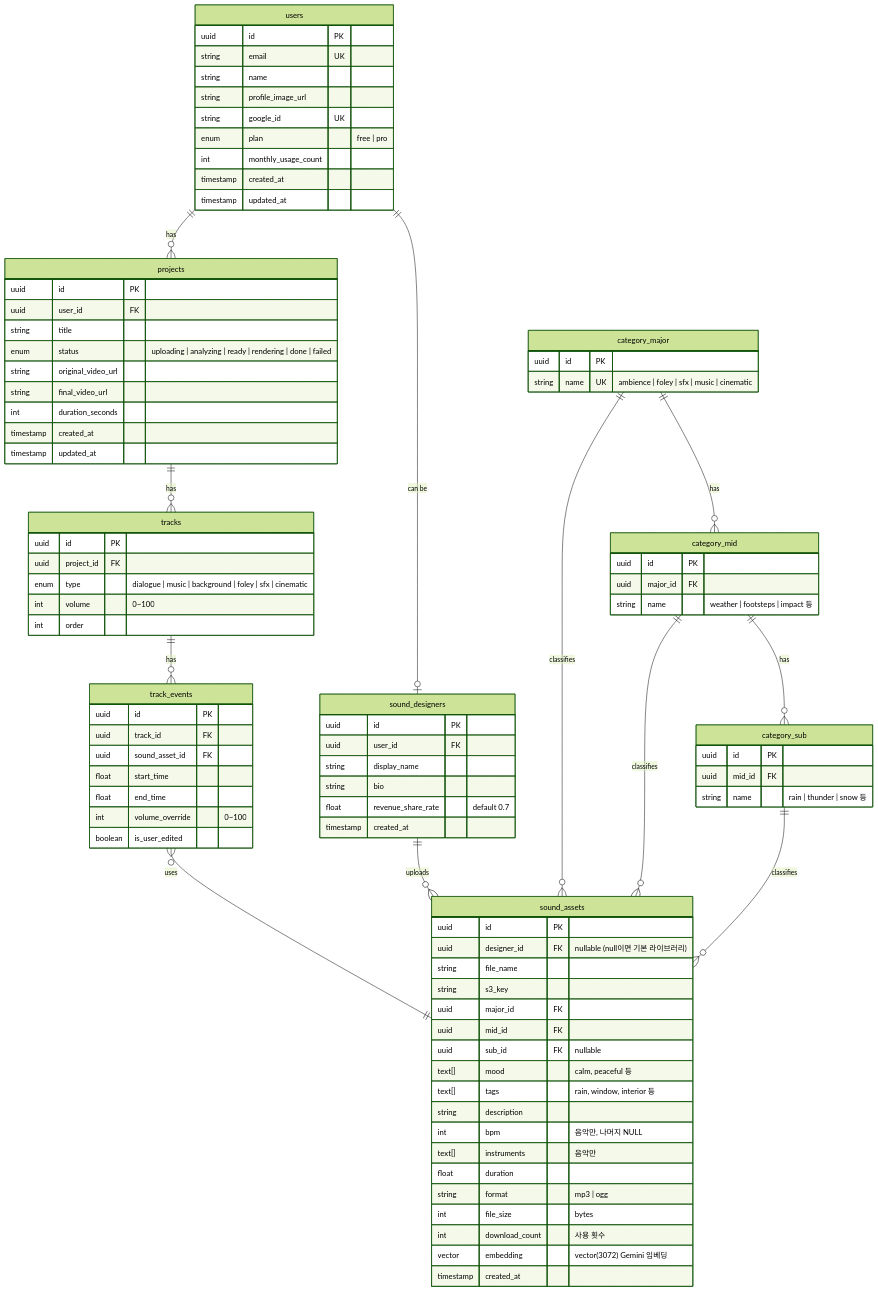
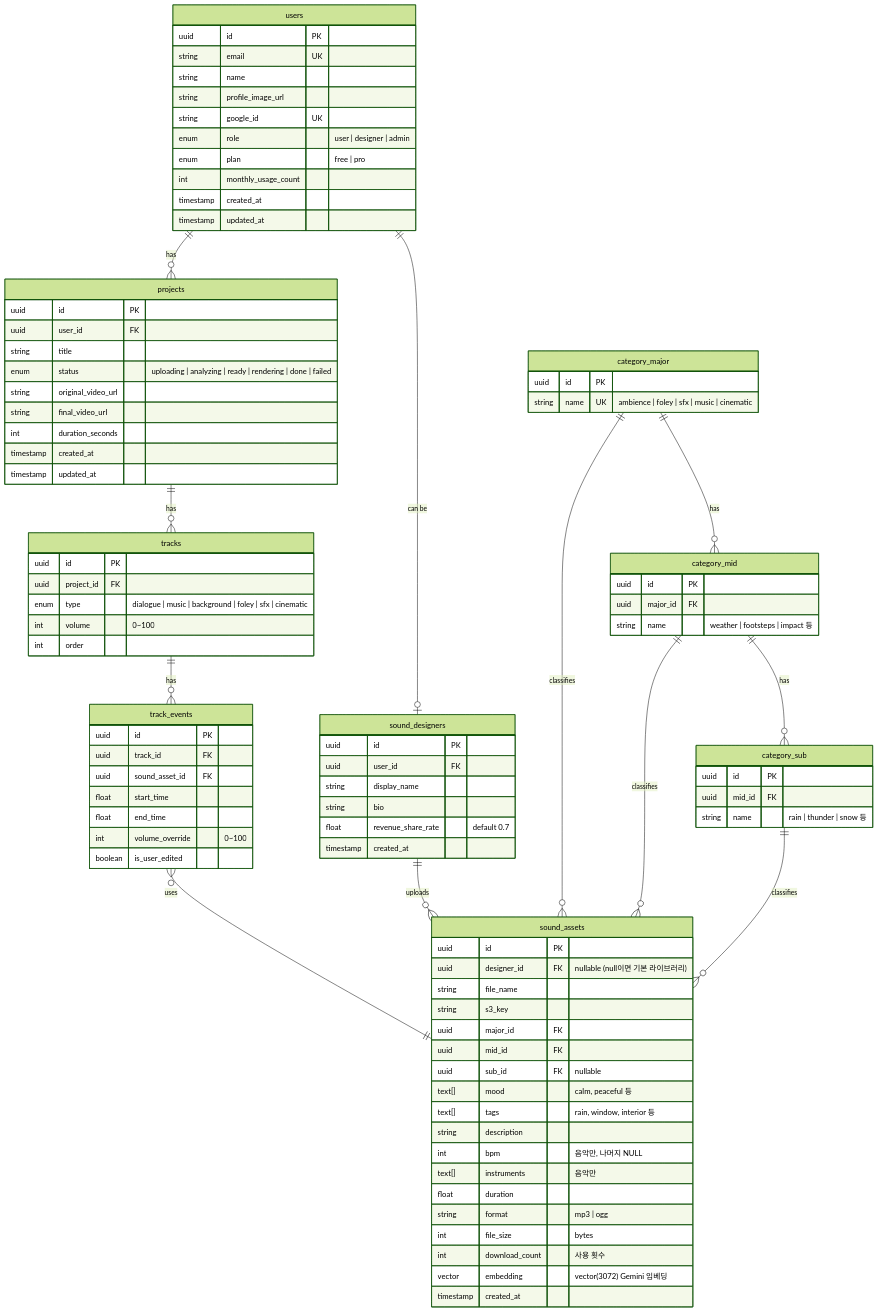
Before and after one commit to 4azin/ausori_audio_PoC: the diagram in back/03_erd.md, drawn with Mermaid (forest theme). The commit also changed other lines of this file, not shown here.

Commit message:
docs(erd): add role field to users table

```diff
--- a/back/03_erd.md
+++ b/back/03_erd.md
@@ -10,6 +10,7 @@
         string name
         string profile_image_url
         string google_id UK
+        enum role "user | designer | admin"
         enum plan "free | pro"
         int monthly_usage_count
         timestamp created_at
```
